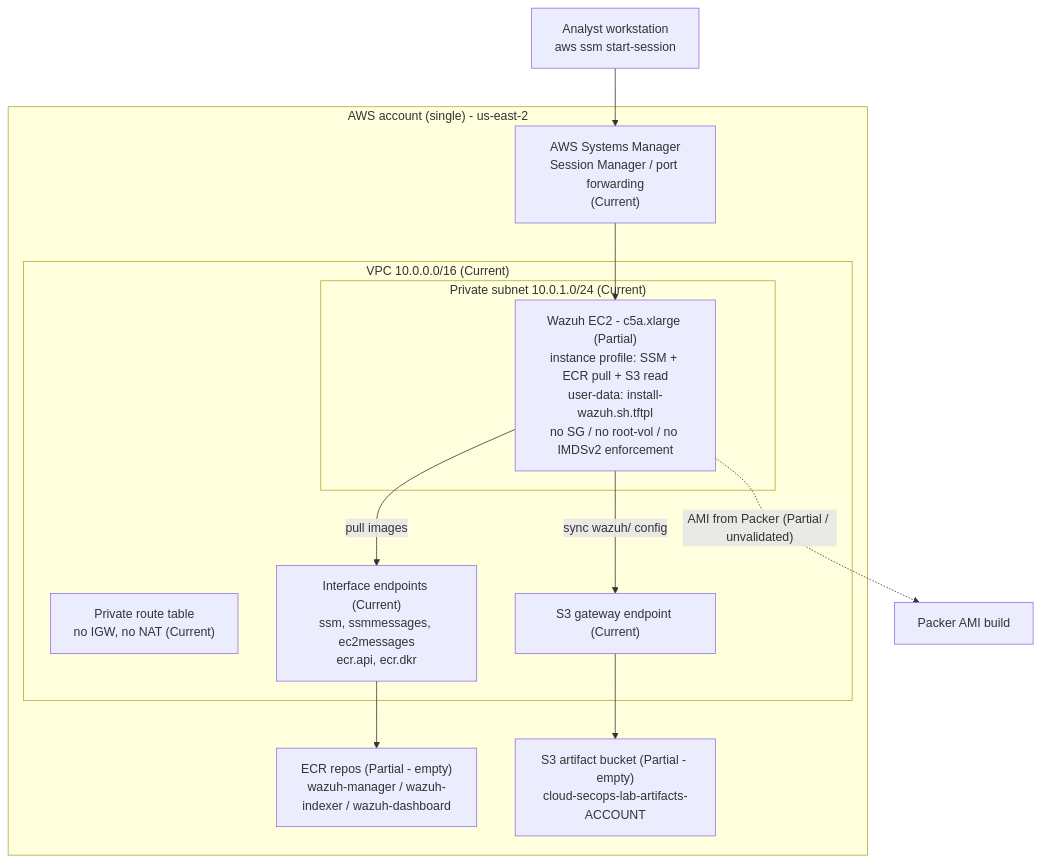
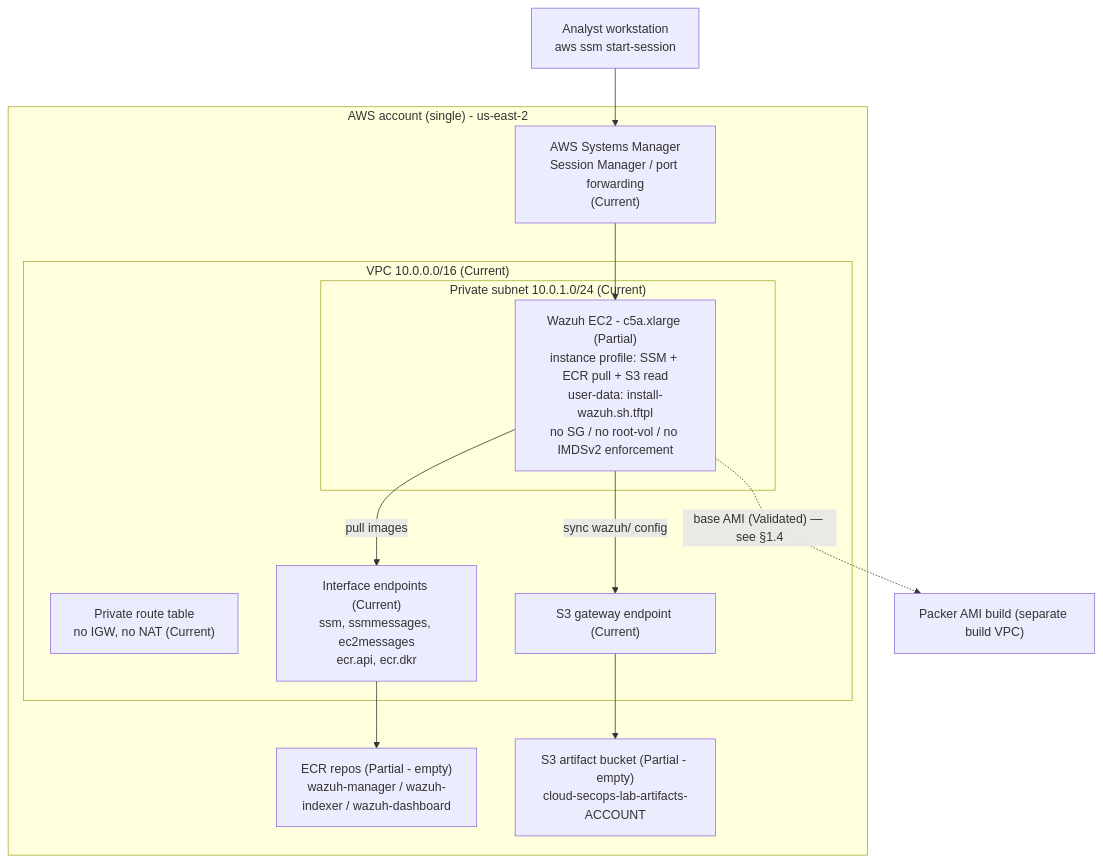
The first of 6 diagrams in docs/ARCHITECTURE.md (ERC-320-61/cloud-secops-lab), drawn with Mermaid before and after one commit. The commit also changed other lines of this file and 6 other files, not shown here.

````diff
--- a/docs/ARCHITECTURE.md
+++ b/docs/ARCHITECTURE.md
@@ -62,26 +63,26 @@
 ```mermaid
 flowchart TB
     Analyst["Analyst workstation<br/>aws ssm start-session"]
 
     subgraph ACC["AWS account (single) - us-east-2"]
         SSM["AWS Systems Manager<br/>Session Manager / port forwarding<br/>(Current)"]
 
         subgraph VPC["VPC 10.0.0.0/16 (Current)"]
             RT["Private route table<br/>no IGW, no NAT (Current)"]
             S3E["S3 gateway endpoint (Current)"]
             IE["Interface endpoints (Current)<br/>ssm, ssmmessages, ec2messages<br/>ecr.api, ecr.dkr"]
 
             subgraph SUB["Private subnet 10.0.1.0/24 (Current)"]
                 EC2["Wazuh EC2 - c5a.xlarge (Partial)<br/>instance profile: SSM + ECR pull + S3 read<br/>user-data: install-wazuh.sh.tftpl<br/>no SG / no root-vol / no IMDSv2 enforcement"]
             end
         end
 
         ECR["ECR repos (Partial - empty)<br/>wazuh-manager / wazuh-indexer / wazuh-dashboard"]
         S3B["S3 artifact bucket (Partial - empty)<br/>cloud-secops-lab-artifacts-ACCOUNT"]
     end
 
     Analyst --> SSM --> EC2
     EC2 -->|"pull images"| IE --> ECR
     EC2 -->|"sync wazuh/ config"| S3E --> S3B
-    EC2 -. "AMI from Packer (Partial / unvalidated)" .-> PACKER["Packer AMI build"]
+    EC2 -. "base AMI (Validated) — see §1.4" .-> PACKER["Packer AMI build (separate build VPC)"]
 ```
````
